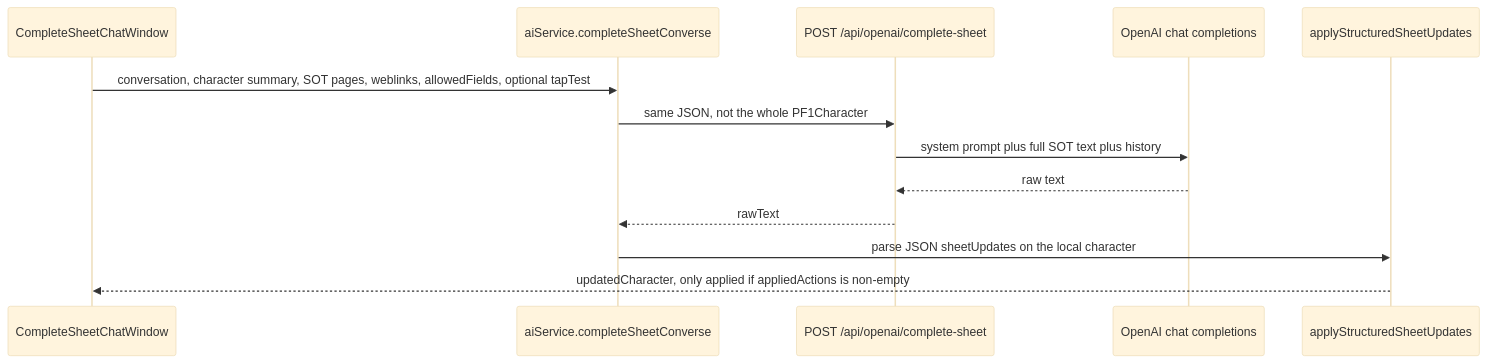
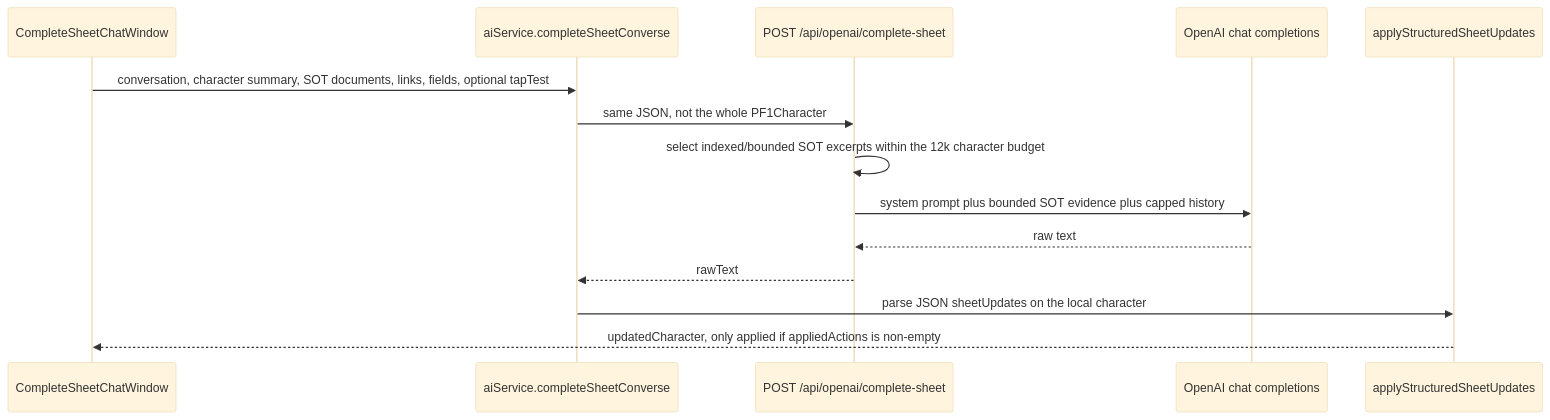
The third of 3 diagrams in docs/PROGRAM_MAP.md (Aush10/pathfinder-sheet), drawn with Mermaid (base theme) before and after one commit. The commit also changed other lines of this file and 48 other files, not shown here.

````diff
--- a/docs/PROGRAM_MAP.md
+++ b/docs/PROGRAM_MAP.md
@@ -78,16 +78,17 @@
 ```mermaid
 sequenceDiagram
   participant UI as CompleteSheetChatWindow
   participant Client as aiService.completeSheetConverse
   participant Route as POST /api/openai/complete-sheet
   participant Model as OpenAI chat completions
   participant Writes as applyStructuredSheetUpdates
 
-  UI->>Client: conversation, character summary, SOT pages, weblinks, allowedFields, optional tapTest
+  UI->>Client: conversation, character summary, SOT documents, links, fields, optional tapTest
   Client->>Route: same JSON, not the whole PF1Character
-  Route->>Model: system prompt plus full SOT text plus history
+  Route->>Route: select indexed/bounded SOT excerpts within the 12k character budget
+  Route->>Model: system prompt plus bounded SOT evidence plus capped history
   Model-->>Route: raw text
   Route-->>Client: rawText
   Client->>Writes: parse JSON sheetUpdates on the local character
   Writes-->>UI: updatedCharacter, only applied if appliedActions is non-empty
 ```
````
